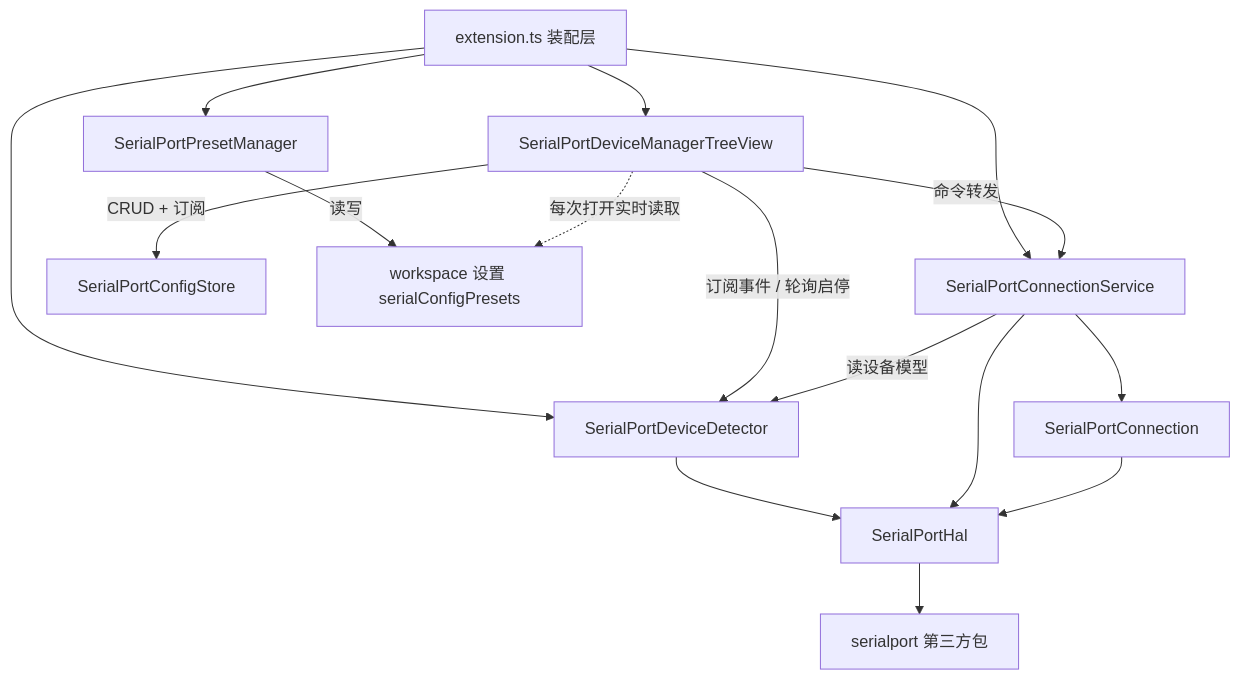
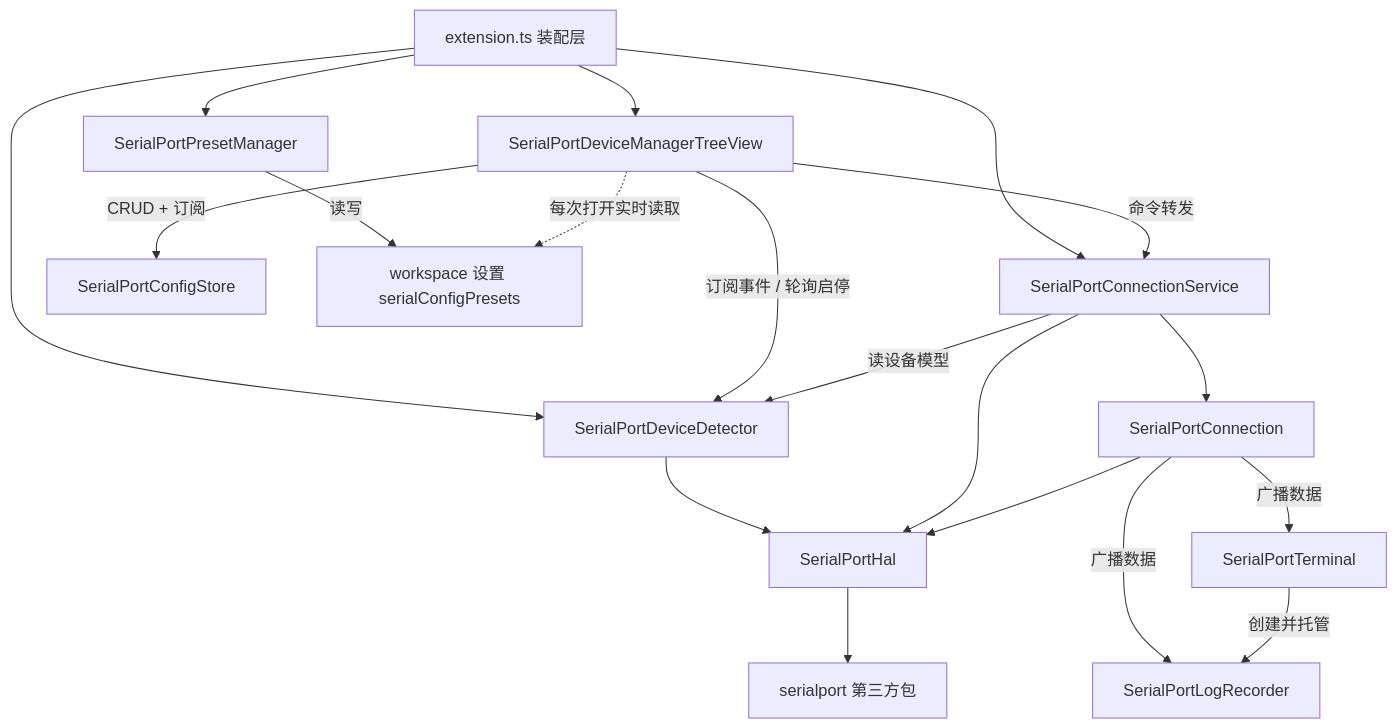
Before and after one commit to ziqiang-zhu/vscode-serial-port-terminal: the first of 5 diagrams in doc/总体架构.md, drawn with Mermaid. The commit also changed other lines of this file and 4 other files, not shown here.

Commit message:
doc: add SerialPortLogRecorder design document

````diff
--- a/doc/总体架构.md
+++ b/doc/总体架构.md
@@ -12,18 +12,21 @@
 ```mermaid
 graph TD
     UI[extension.ts 装配层] --> View[SerialPortDeviceManagerTreeView]
     UI --> PresetManager[SerialPortPresetManager]
     UI --> Detector[SerialPortDeviceDetector]
     UI --> ConnectionService[SerialPortConnectionService]
     View -->|命令转发| ConnectionService
     View -->|订阅事件 / 轮询启停| Detector
     View -->|CRUD + 订阅| ConfigStore[SerialPortConfigStore]
     PresetManager -->|读写| Settings[workspace 设置 serialConfigPresets]
     View -.->|每次打开实时读取| Settings
     ConnectionService -->|读设备模型| Detector
     ConnectionService --> Connection[SerialPortConnection]
     Detector --> HAL[SerialPortHal]
     ConnectionService --> HAL
     Connection --> HAL
+    Connection -->|广播数据| Terminal[SerialPortTerminal]
+    Connection -->|广播数据| LogRecorder[SerialPortLogRecorder]
+    Terminal -->|创建并托管| LogRecorder
     HAL --> SP[serialport 第三方包]
 ```
````
